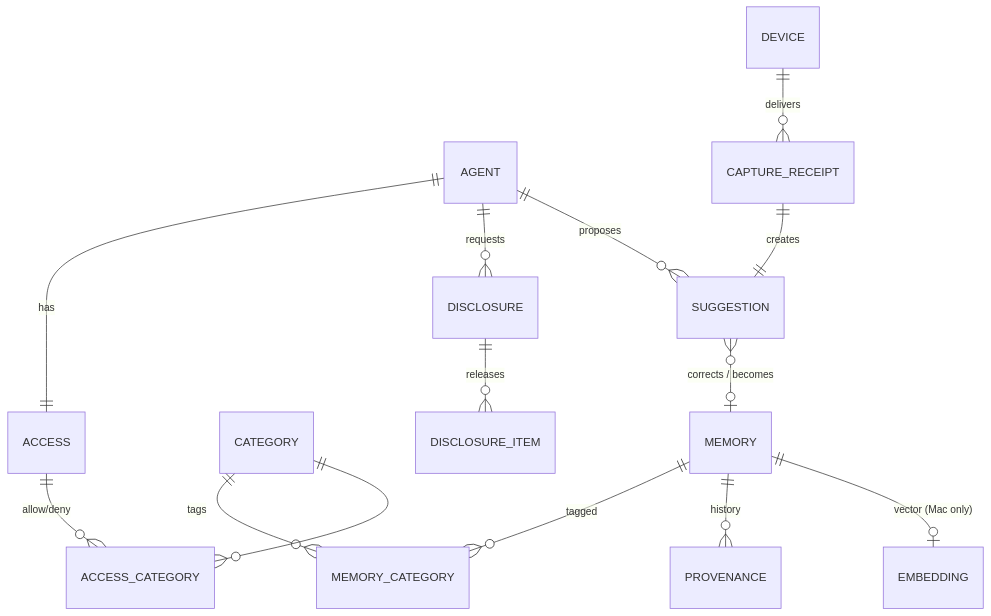
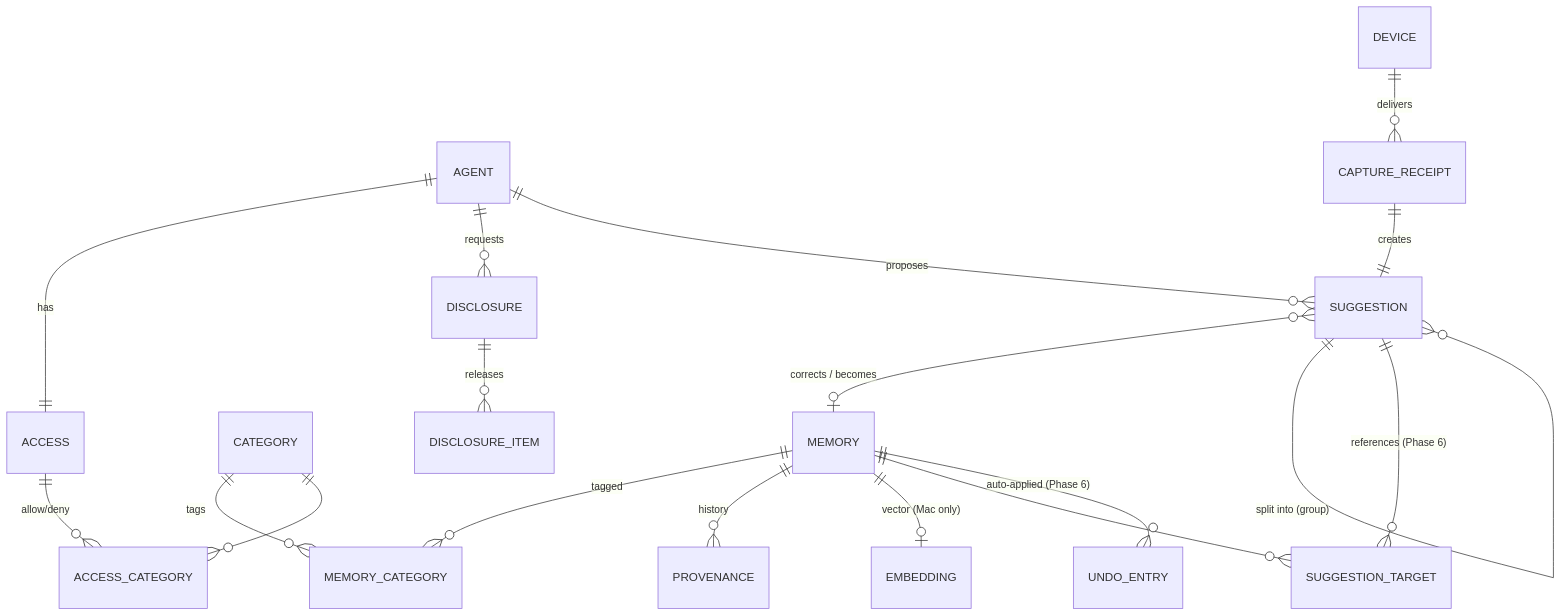
Before and after one commit to bereciartua/funes-vault-app: the first of 4 diagrams in spec/domain/domain-model.md, drawn with Mermaid. The commit also changed other lines of this file and 28 other files, not shown here.

````diff
--- a/spec/domain/domain-model.md
+++ b/spec/domain/domain-model.md
@@ -7,16 +7,20 @@
 ```mermaid
 erDiagram
     MEMORY ||--o{ MEMORY_CATEGORY : "tagged"
     CATEGORY ||--o{ MEMORY_CATEGORY : "tags"
     MEMORY ||--o{ PROVENANCE : "history"
     MEMORY ||--o| EMBEDDING : "vector (Mac only)"
     SUGGESTION }o--o| MEMORY : "corrects / becomes"
     AGENT ||--|| ACCESS : "has"
     ACCESS ||--o{ ACCESS_CATEGORY : "allow/deny"
     CATEGORY ||--o{ ACCESS_CATEGORY : ""
     AGENT ||--o{ DISCLOSURE : "requests"
     DISCLOSURE ||--o{ DISCLOSURE_ITEM : "releases"
     AGENT ||--o{ SUGGESTION : "proposes"
     DEVICE ||--o{ CAPTURE_RECEIPT : "delivers"
     CAPTURE_RECEIPT ||--|| SUGGESTION : "creates"
+    SUGGESTION ||--o{ SUGGESTION : "split into (group)"
+    SUGGESTION ||--o{ SUGGESTION_TARGET : "references (Phase 6)"
+    MEMORY ||--o{ SUGGESTION_TARGET : ""
+    MEMORY ||--o{ UNDO_ENTRY : "auto-applied (Phase 6)"
 ```
````
